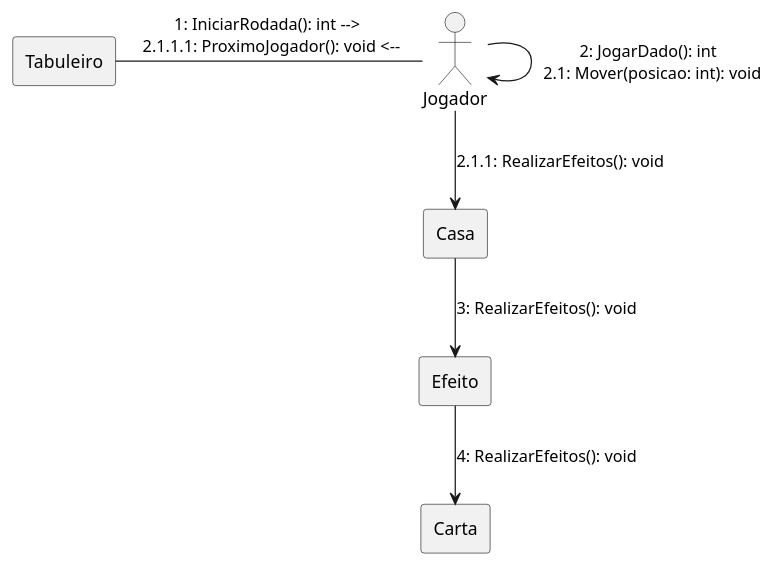
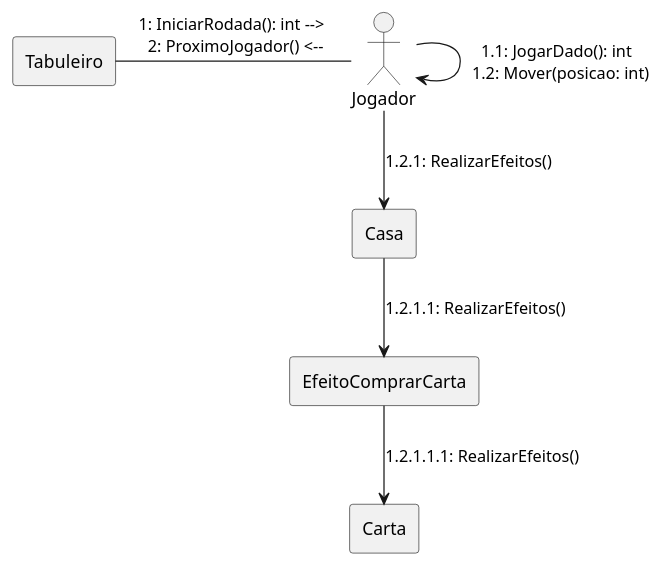
Before and after one commit to rogerpcto/ProjetoDeSoftware-UFF: the diagram in Documentação/diagrama-comunicacao-Movimenta-Jogador.plantuml, drawn with PlantUML. The commit also changed 2 other files, not shown here.

Commit message:
Atualiza diagramas de comunicação com feedback do Professor

```diff
--- a/Documentação/diagrama-comunicacao-Movimenta-Jogador.plantuml
+++ b/Documentação/diagrama-comunicacao-Movimenta-Jogador.plantuml
@@ -1,19 +1,19 @@
 @startuml comunicacao
 
 skinparam linestyle ortho
 
 rectangle "Tabuleiro" as one
 Actor "Jogador" as two
 rectangle "Casa" as three
-rectangle "Efeito" as four
+rectangle "EfeitoComprarCarta" as four
 rectangle "Carta" as five
 
-one -right- two: 1: IniciarRodada(): int --> \n 2.1.1.1: ProximoJogador(): void <--
+one -right- two: 1: IniciarRodada(): int --> \n 2: ProximoJogador() <--
 
-two --> two: 2: JogarDado(): int \n 2.1: Mover(posicao: int): void
-two --> three: 2.1.1: RealizarEfeitos(): void
+two --> two: 1.1: JogarDado(): int \n 1.2: Mover(posicao: int)
+two --> three: 1.2.1: RealizarEfeitos()
 
-three --> four: 3: RealizarEfeitos(): void
-four --> five: 4: RealizarEfeitos(): void
+three --> four: 1.2.1.1: RealizarEfeitos()
+four --> five: 1.2.1.1.1: RealizarEfeitos()
 
 @enduml
```
